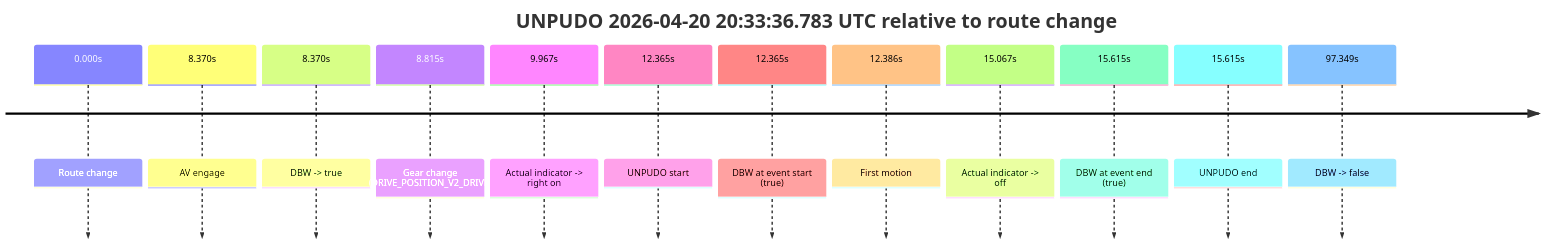
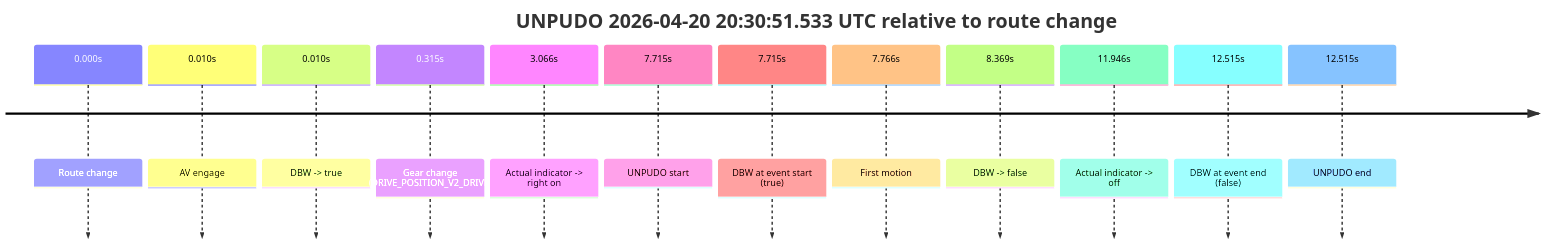
One commit to yoelshapiro/vault changed the second of 6 diagrams in model_analysis/report_cards/2026/04/Week-4/fme20038--2026-04-20--20-14-14--gen2-av-64bfb241-2a77-49b3-9a73-b3fb4cc1406d.md. Above: the diagram before and after it, drawn with Mermaid. The commit also changed other lines of this file and 1 other file, not shown here.

````diff
--- a/model_analysis/report_cards/2026/04/Week-4/fme20038--2026-04-20--20-14-14--gen2-av-64bfb241-2a77-49b3-9a73-b3fb4cc1406d.md
+++ b/model_analysis/report_cards/2026/04/Week-4/fme20038--2026-04-20--20-14-14--gen2-av-64bfb241-2a77-49b3-9a73-b3fb4cc1406d.md
@@ -231,16 +132,16 @@
 ```mermaid
 timeline
-    title UNPUDO 2026-04-20 20:33:36.783 UTC relative to route change
+    title UNPUDO 2026-04-20 20:30:51.533 UTC relative to route change
     0.000s : Route change
-    8.370s : AV engage
-    8.370s : DBW -> true
-    8.815s : Gear change (DRIVE_POSITION_V2_DRIVE)
-    9.967s : Actual indicator -> right on
-    12.365s : UNPUDO start
-    12.365s : DBW at event start (true)
-    12.386s : First motion
-    15.067s : Actual indicator -> off
-    15.615s : DBW at event end (true)
-    15.615s : UNPUDO end
-    97.349s : DBW -> false
+    0.010s : AV engage
+    0.010s : DBW -> true
+    0.315s : Gear change (DRIVE_POSITION_V2_DRIVE)
+    3.066s : Actual indicator -> right on
+    7.715s : UNPUDO start
+    7.715s : DBW at event start (true)
+    7.766s : First motion
+    8.369s : DBW -> false
+    11.946s : Actual indicator -> off
+    12.515s : DBW at event end (false)
+    12.515s : UNPUDO end
 ```
````
